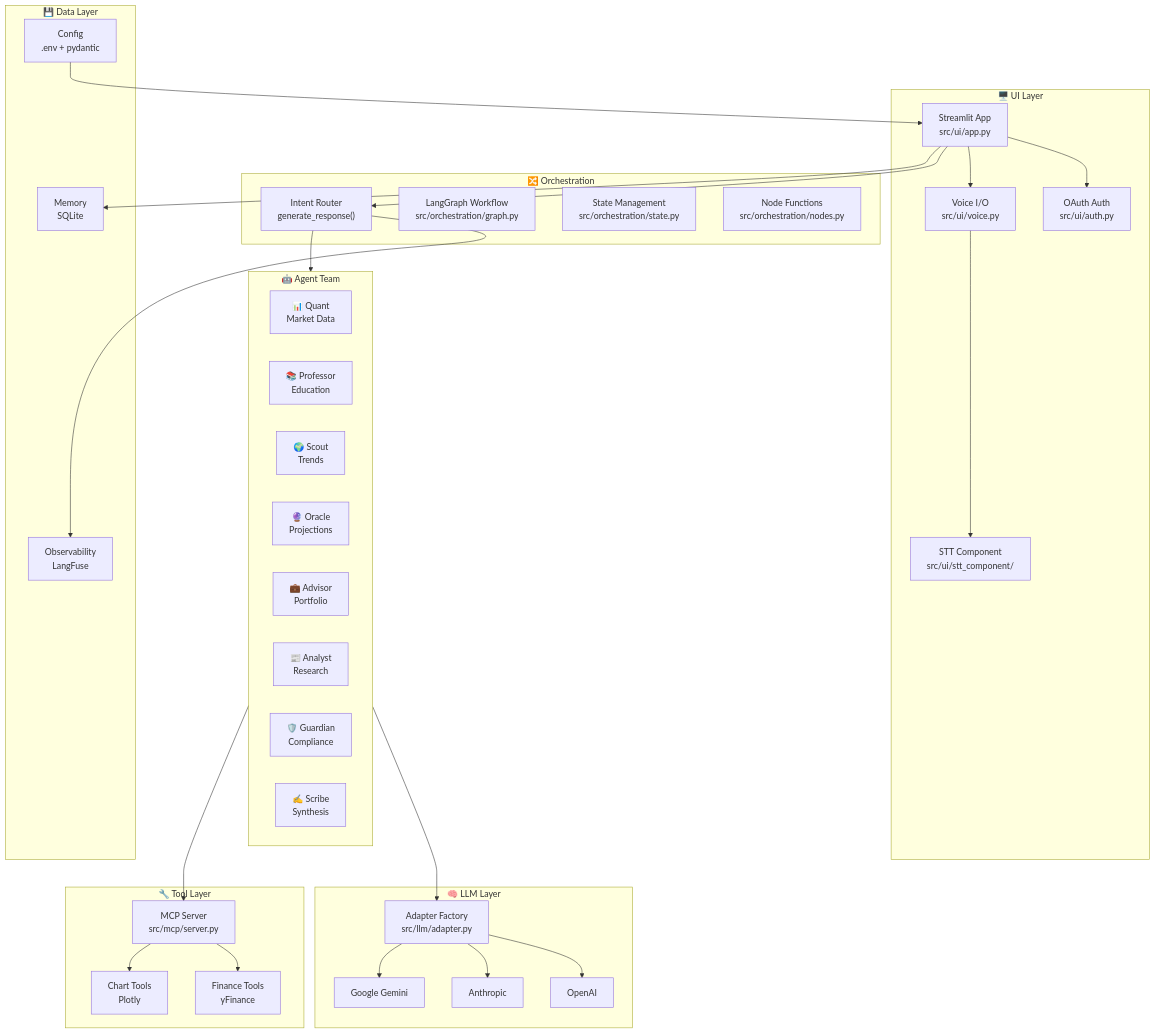
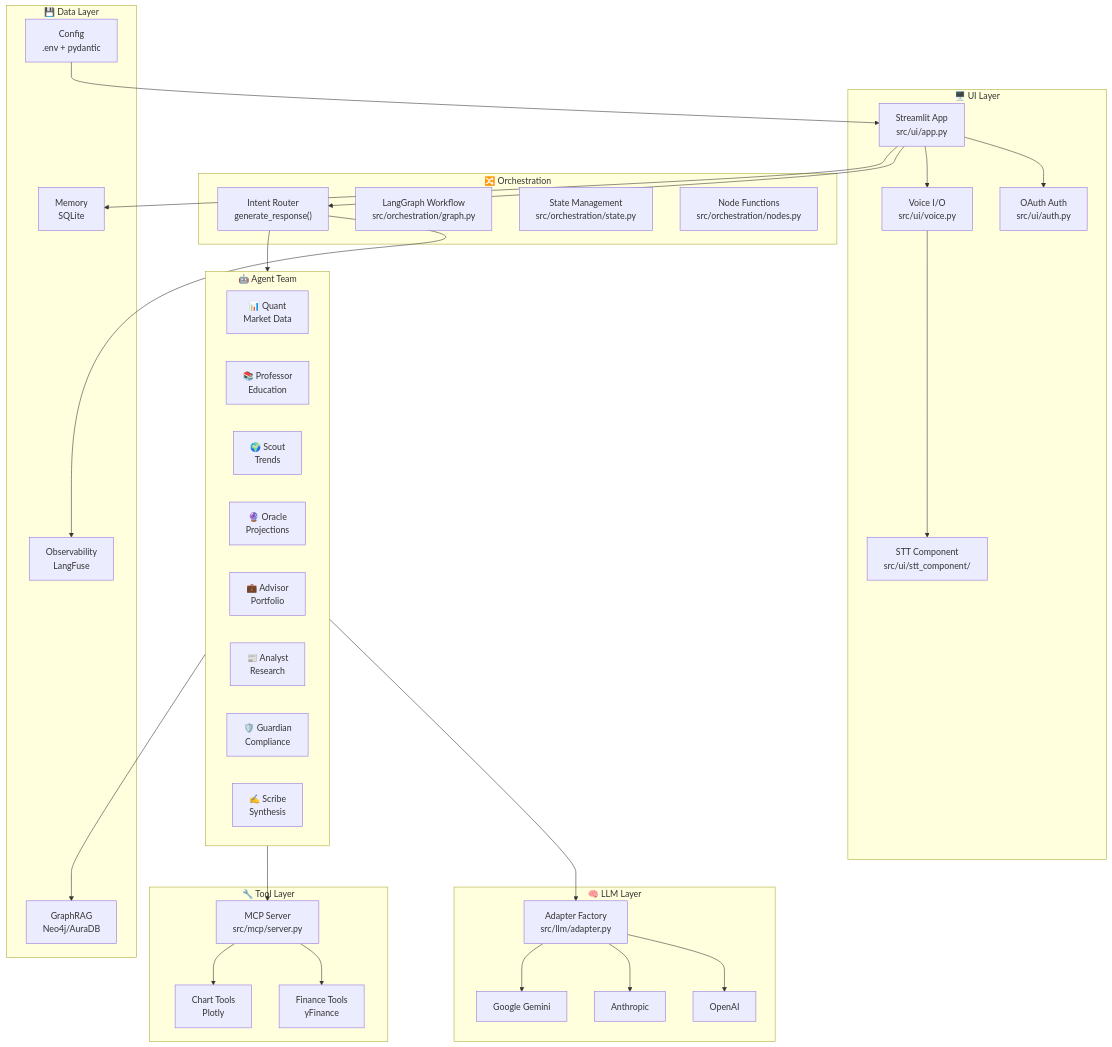
The first of 3 diagrams in docs/CODE_WALKTHROUGH.md (sathyaincampus/finnie-ai), drawn with Mermaid before and after one commit. The commit also changed other lines of this file and 14 other files, not shown here.

Commit message:
feat: Implement GraphRAG knowledge graph with dedicated data, ingestion, and retrieval components, alongside documentation updates.

````diff
--- a/docs/CODE_WALKTHROUGH.md
+++ b/docs/CODE_WALKTHROUGH.md
@@ -10,59 +10,61 @@
 ```mermaid
 graph TD
     subgraph UI["🖥️ UI Layer"]
         ST["Streamlit App<br/>src/ui/app.py"]
         AUTH["OAuth Auth<br/>src/ui/auth.py"]
         VOICE["Voice I/O<br/>src/ui/voice.py"]
         STT["STT Component<br/>src/ui/stt_component/"]
     end
 
     subgraph ORCH["🔀 Orchestration"]
         ROUTER["Intent Router<br/>generate_response()"]
         GRAPH["LangGraph Workflow<br/>src/orchestration/graph.py"]
         STATE["State Management<br/>src/orchestration/state.py"]
         NODES["Node Functions<br/>src/orchestration/nodes.py"]
     end
 
     subgraph AGENTS["🤖 Agent Team"]
         QUANT["📊 Quant<br/>Market Data"]
         PROF["📚 Professor<br/>Education"]
         SCOUT["🌍 Scout<br/>Trends"]
         ORACLE["🔮 Oracle<br/>Projections"]
         ADVISOR["💼 Advisor<br/>Portfolio"]
         ANALYST["📰 Analyst<br/>Research"]
         GUARD["🛡️ Guardian<br/>Compliance"]
         SCRIBE["✍️ Scribe<br/>Synthesis"]
     end
 
     subgraph LLM["🧠 LLM Layer"]
         ADAPTER["Adapter Factory<br/>src/llm/adapter.py"]
         OAI["OpenAI"]
         ANT["Anthropic"]
         GOOG["Google Gemini"]
     end
 
     subgraph TOOLS["🔧 Tool Layer"]
         MCP["MCP Server<br/>src/mcp/server.py"]
         FIN["Finance Tools<br/>yFinance"]
         CHART["Chart Tools<br/>Plotly"]
     end
 
     subgraph DATA["💾 Data Layer"]
         MEM["Memory<br/>SQLite"]
+        GR["GraphRAG<br/>Neo4j/AuraDB"]
         OBS["Observability<br/>LangFuse"]
         CFG["Config<br/>.env + pydantic"]
     end
 
     ST --> AUTH
     ST --> VOICE
     VOICE --> STT
     ST --> ROUTER
     ROUTER --> AGENTS
     AGENTS --> ADAPTER
     ADAPTER --> OAI & ANT & GOOG
     AGENTS --> MCP
     MCP --> FIN & CHART
+    AGENTS --> GR
     ST --> MEM
     ROUTER --> OBS
     CFG --> ST
 ```
````
